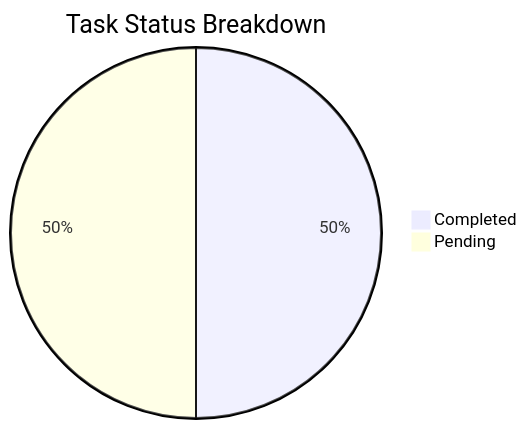
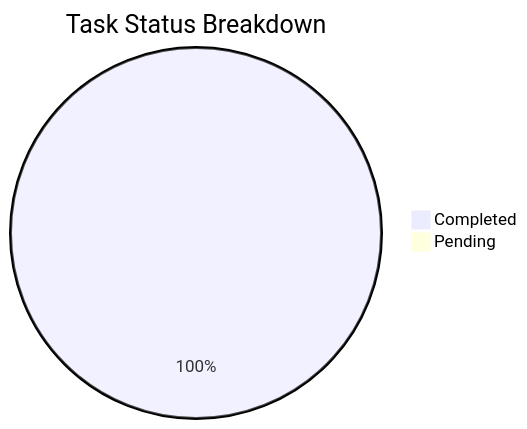
The first of 2 diagrams in Koha/Analytics.md (sagarms97/MyWorkDairy), drawn with Mermaid before and after one commit. The commit also changed other lines of this file and 4 other files, not shown here.

````diff
--- a/Koha/Analytics.md
+++ b/Koha/Analytics.md
@@ -12,5 +12,5 @@
 ```mermaid
 pie title Task Status Breakdown
-    "Completed" : 2
-    "Pending" : 2
+    "Completed" : 6
+    "Pending" : 0.001
 ```
````
